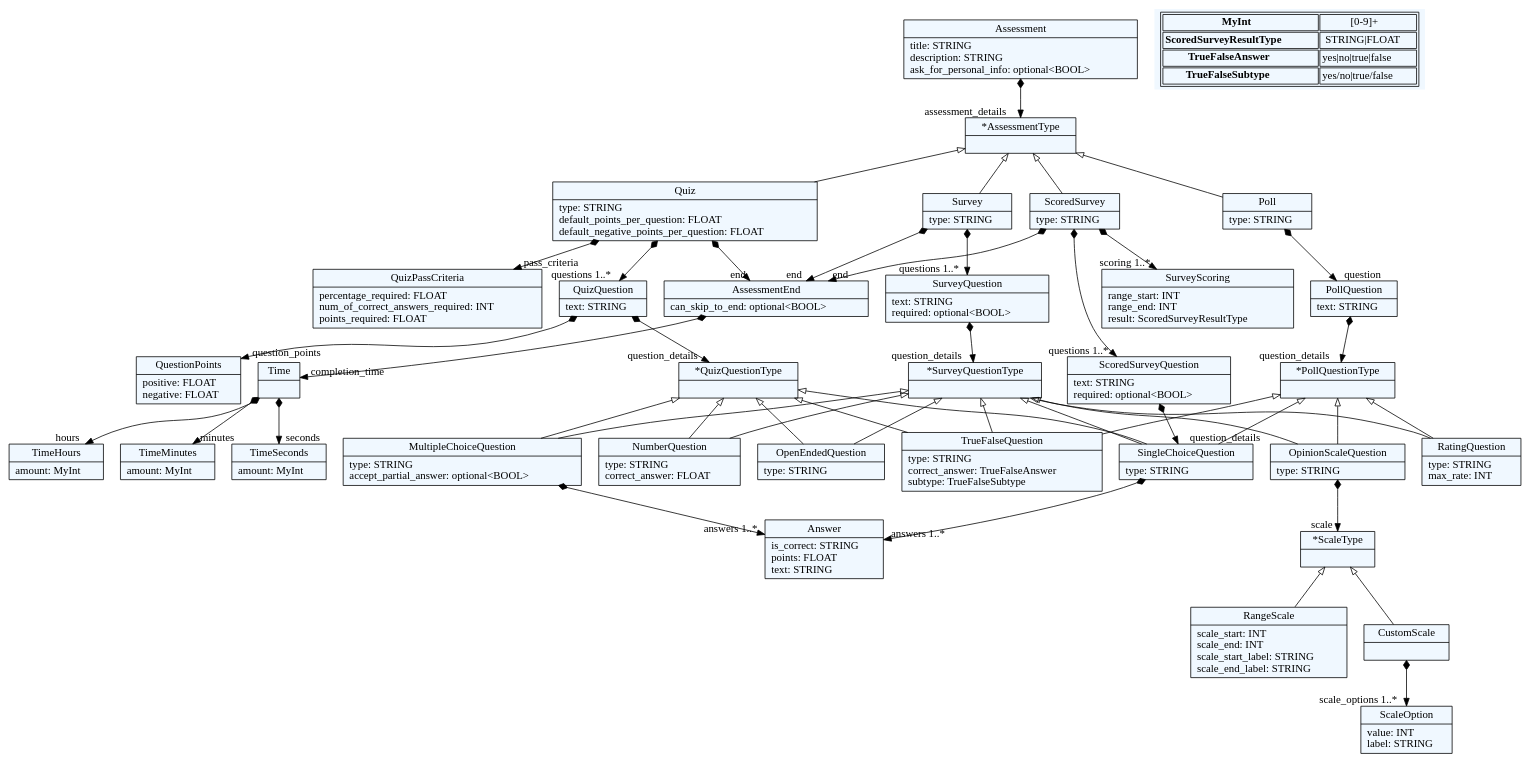
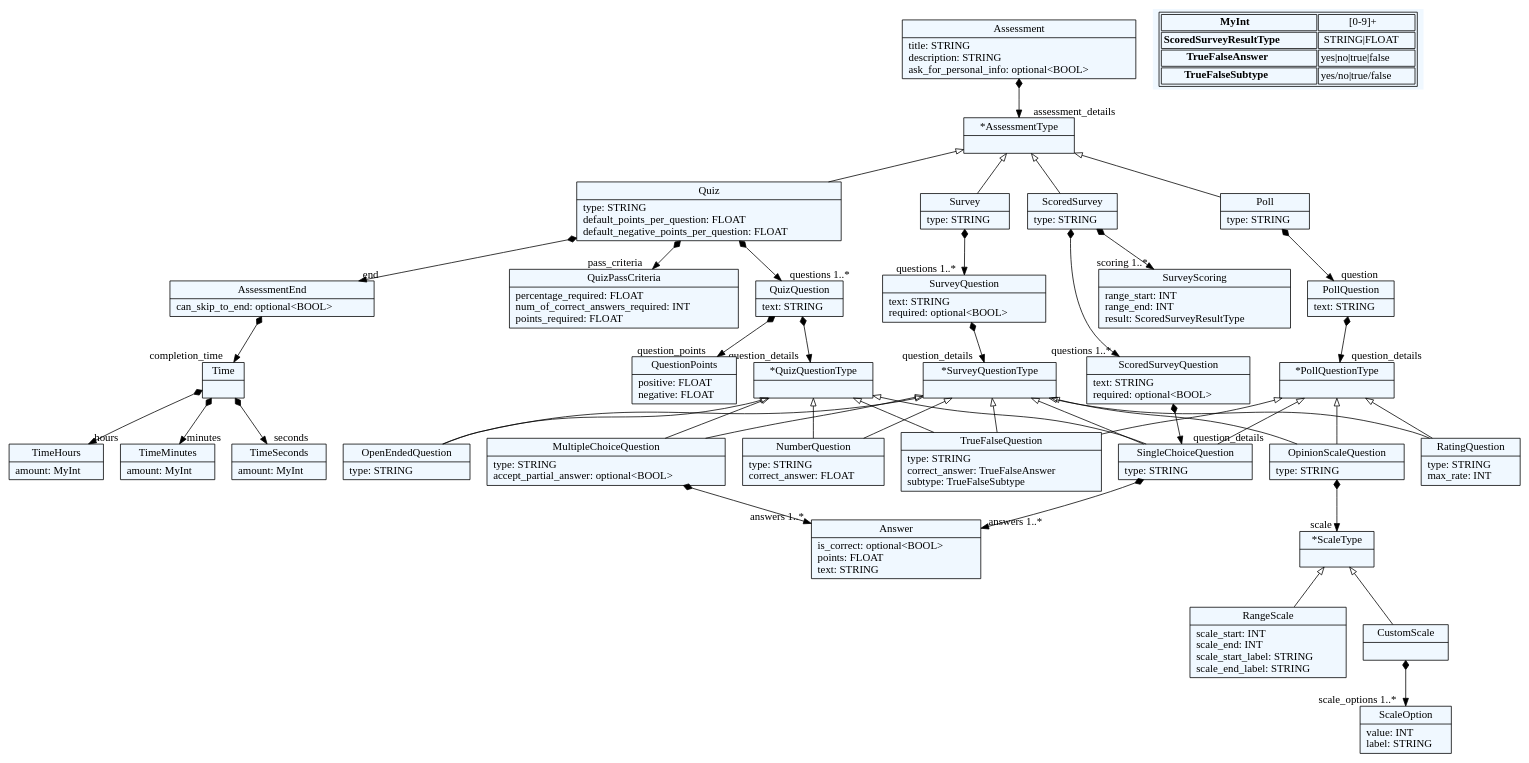
One commit to NevenaAl/QuesTech changed the diagram in dot_files/grammar.dot. Above: the diagram before and after it, drawn with Graphviz. The commit also changed 14 other files, not shown here.

Commit message:
Validation of questions on fe, handling correct answers and completion time

```diff
--- a/dot_files/grammar.dot
+++ b/dot_files/grammar.dot
@@ -1,143 +1,141 @@
 
     digraph textX {
     fontname = "Bitstream Vera Sans"
     fontsize = 8
     node[
         shape=record,
         style=filled,
         fillcolor=aliceblue
     ]
     nodesep = 0.3
     edge[dir=black,arrowtail=empty]
 
 
-3002377828272[ label="{Assessment|title: STRING\ldescription: STRING\lask_for_personal_info: optional\<BOOL\>\l}"]
+2027539332784[ label="{Assessment|title: STRING\ldescription: STRING\lask_for_personal_info: optional\<BOOL\>\l}"]
 
-3002377821440[ label="{*AssessmentType|}"]
+2027539338640[ label="{*AssessmentType|}"]
 
-3002377806800[ label="{Quiz|type: STRING\ldefault_points_per_question: FLOAT\ldefault_negative_points_per_question: FLOAT\l}"]
+2027539317168[ label="{Quiz|type: STRING\ldefault_points_per_question: FLOAT\ldefault_negative_points_per_question: FLOAT\l}"]
 
-3002377832176[ label="{Survey|type: STRING\l}"]
+2027539345472[ label="{Survey|type: STRING\l}"]
 
-3002377815584[ label="{ScoredSurvey|type: STRING\l}"]
+2027539315216[ label="{ScoredSurvey|type: STRING\l}"]
 
-3002377835104[ label="{Poll|type: STRING\l}"]
+2027539328880[ label="{Poll|type: STRING\l}"]
 
-3002377831200[ label="{SurveyScoring|range_start: INT\lrange_end: INT\lresult: ScoredSurveyResultType\l}"]
+2027539327904[ label="{SurveyScoring|range_start: INT\lrange_end: INT\lresult: ScoredSurveyResultType\l}"]
 
-3002377805824[ label="{PollQuestion|text: STRING\l}"]
+2027539314240[ label="{PollQuestion|text: STRING\l}"]
 
-3002377817536[ label="{SurveyQuestion|text: STRING\lrequired: optional\<BOOL\>\l}"]
+2027539336688[ label="{SurveyQuestion|text: STRING\lrequired: optional\<BOOL\>\l}"]
 
-3002377826320[ label="{QuizQuestion|text: STRING\l}"]
+2027539344496[ label="{QuizQuestion|text: STRING\l}"]
 
-3002377809728[ label="{ScoredSurveyQuestion|text: STRING\lrequired: optional\<BOOL\>\l}"]
+2027539323024[ label="{ScoredSurveyQuestion|text: STRING\lrequired: optional\<BOOL\>\l}"]
 
-3002377822416[ label="{*SurveyQuestionType|}"]
+2027539313264[ label="{*SurveyQuestionType|}"]
 
-3002377838032[ label="{*QuizQuestionType|}"]
+2027539320096[ label="{*QuizQuestionType|}"]
 
-3002377839008[ label="{*PollQuestionType|}"]
+2027539341568[ label="{*PollQuestionType|}"]
 
-3002377840960[ label="{QuizPassCriteria|percentage_required: FLOAT\lnum_of_correct_answers_required: INT\lpoints_required: FLOAT\l}"]
+2027539325952[ label="{QuizPassCriteria|percentage_required: FLOAT\lnum_of_correct_answers_required: INT\lpoints_required: FLOAT\l}"]
 
-3002377842912[ label="{QuestionPoints|positive: FLOAT\lnegative: FLOAT\l}"]
+2027539342544[ label="{QuestionPoints|positive: FLOAT\lnegative: FLOAT\l}"]
 
-3002377820464[ label="{OpenEndedQuestion|type: STRING\l}"]
+2027539346448[ label="{OpenEndedQuestion|type: STRING\l}"]
 
-3002377811680[ label="{TrueFalseQuestion|type: STRING\lcorrect_answer: TrueFalseAnswer\lsubtype: TrueFalseSubtype\l}"]
+2027539316192[ label="{TrueFalseQuestion|type: STRING\lcorrect_answer: TrueFalseAnswer\lsubtype: TrueFalseSubtype\l}"]
 
-3002377847792[ label="{SingleChoiceQuestion|type: STRING\l}"]
+2027539373776[ label="{SingleChoiceQuestion|type: STRING\l}"]
 
-3002377849744[ label="{MultipleChoiceQuestion|type: STRING\laccept_partial_answer: optional\<BOOL\>\l}"]
+2027539362064[ label="{MultipleChoiceQuestion|type: STRING\laccept_partial_answer: optional\<BOOL\>\l}"]
 
-3002377818512[ label="{NumberQuestion|type: STRING\lcorrect_answer: FLOAT\l}"]
+2027539351328[ label="{NumberQuestion|type: STRING\lcorrect_answer: FLOAT\l}"]
 
-3002377852672[ label="{OpinionScaleQuestion|type: STRING\l}"]
+2027539369872[ label="{OpinionScaleQuestion|type: STRING\l}"]
 
-3002377854624[ label="{*ScaleType|}"]
+2027539352304[ label="{*ScaleType|}"]
 
-3002377856576[ label="{RangeScale|scale_start: INT\lscale_end: INT\lscale_start_label: STRING\lscale_end_label: STRING\l}"]
+2027539359136[ label="{RangeScale|scale_start: INT\lscale_end: INT\lscale_start_label: STRING\lscale_end_label: STRING\l}"]
 
-3002377858528[ label="{CustomScale|}"]
+2027539363040[ label="{CustomScale|}"]
 
-3002377860480[ label="{ScaleOption|value: INT\llabel: STRING\l}"]
+2027539364992[ label="{ScaleOption|value: INT\llabel: STRING\l}"]
 
-3002377862432[ label="{RatingQuestion|type: STRING\lmax_rate: INT\l}"]
+2027539355232[ label="{RatingQuestion|type: STRING\lmax_rate: INT\l}"]
 
-3002377864384[ label="{Answer|is_correct: STRING\lpoints: FLOAT\ltext: STRING\l}"]
+2027539365968[ label="{Answer|is_correct: optional\<BOOL\>\lpoints: FLOAT\ltext: STRING\l}"]
 
-3002377872192[ label="{AssessmentEnd|can_skip_to_end: optional\<BOOL\>\l}"]
+2027539367920[ label="{AssessmentEnd|can_skip_to_end: optional\<BOOL\>\l}"]
 
-3002377880976[ label="{TimeHours|amount: MyInt\l}"]
+2027539389392[ label="{TimeHours|amount: MyInt\l}"]
 
-3002377873168[ label="{TimeMinutes|amount: MyInt\l}"]
+2027539376704[ label="{TimeMinutes|amount: MyInt\l}"]
 
-3002377876096[ label="{TimeSeconds|amount: MyInt\l}"]
+2027539387440[ label="{TimeSeconds|amount: MyInt\l}"]
 
-3002377877072[ label="{Time|}"]
+2027539385488[ label="{Time|}"]
 
 
 
-3002377828272 -> 3002377821440[arrowtail=diamond, dir=both, headlabel="assessment_details "]
-3002377821440 -> 3002377806800 [dir=back]
-3002377821440 -> 3002377832176 [dir=back]
-3002377821440 -> 3002377815584 [dir=back]
-3002377821440 -> 3002377835104 [dir=back]
-3002377806800 -> 3002377826320[arrowtail=diamond, dir=both, headlabel="questions 1..*"]
-3002377806800 -> 3002377872192[arrowtail=diamond, dir=both, headlabel="end "]
-3002377806800 -> 3002377840960[arrowtail=diamond, dir=both, headlabel="pass_criteria "]
-3002377832176 -> 3002377817536[arrowtail=diamond, dir=both, headlabel="questions 1..*"]
-3002377832176 -> 3002377872192[arrowtail=diamond, dir=both, headlabel="end "]
-3002377815584 -> 3002377809728[arrowtail=diamond, dir=both, headlabel="questions 1..*"]
-3002377815584 -> 3002377872192[arrowtail=diamond, dir=both, headlabel="end "]
-3002377815584 -> 3002377831200[arrowtail=diamond, dir=both, headlabel="scoring 1..*"]
-3002377835104 -> 3002377805824[arrowtail=diamond, dir=both, headlabel="question "]
-3002377805824 -> 3002377839008[arrowtail=diamond, dir=both, headlabel="question_details "]
-3002377817536 -> 3002377822416[arrowtail=diamond, dir=both, headlabel="question_details "]
-3002377826320 -> 3002377838032[arrowtail=diamond, dir=both, headlabel="question_details "]
-3002377826320 -> 3002377842912[arrowtail=diamond, dir=both, headlabel="question_points "]
-3002377809728 -> 3002377847792[arrowtail=diamond, dir=both, headlabel="question_details "]
-3002377822416 -> 3002377820464 [dir=back]
-3002377822416 -> 3002377847792 [dir=back]
-3002377822416 -> 3002377849744 [dir=back]
-3002377822416 -> 3002377811680 [dir=back]
-3002377822416 -> 3002377818512 [dir=back]
-3002377822416 -> 3002377852672 [dir=back]
-3002377822416 -> 3002377862432 [dir=back]
-3002377838032 -> 3002377820464 [dir=back]
-3002377838032 -> 3002377847792 [dir=back]
-3002377838032 -> 3002377849744 [dir=back]
-3002377838032 -> 3002377811680 [dir=back]
-3002377838032 -> 3002377818512 [dir=back]
-3002377839008 -> 3002377847792 [dir=back]
-3002377839008 -> 3002377811680 [dir=back]
-3002377839008 -> 3002377862432 [dir=back]
-3002377839008 -> 3002377852672 [dir=back]
-3002377847792 -> 3002377864384[arrowtail=diamond, dir=both, headlabel="answers 1..*"]
-3002377849744 -> 3002377864384[arrowtail=diamond, dir=both, headlabel="answers 1..*"]
-3002377852672 -> 3002377854624[arrowtail=diamond, dir=both, headlabel="scale "]
-3002377854624 -> 3002377856576 [dir=back]
-3002377854624 -> 3002377858528 [dir=back]
-3002377858528 -> 3002377860480[arrowtail=diamond, dir=both, headlabel="scale_options 1..*"]
-3002377872192 -> 3002377877072[arrowtail=diamond, dir=both, headlabel="completion_time "]
-3002377877072 -> 3002377880976[arrowtail=diamond, dir=both, headlabel="hours "]
-3002377877072 -> 3002377873168[arrowtail=diamond, dir=both, headlabel="minutes "]
-3002377877072 -> 3002377876096[arrowtail=diamond, dir=both, headlabel="seconds "]
+2027539332784 -> 2027539338640[arrowtail=diamond, dir=both, headlabel="assessment_details "]
+2027539338640 -> 2027539317168 [dir=back]
+2027539338640 -> 2027539345472 [dir=back]
+2027539338640 -> 2027539315216 [dir=back]
+2027539338640 -> 2027539328880 [dir=back]
+2027539317168 -> 2027539344496[arrowtail=diamond, dir=both, headlabel="questions 1..*"]
+2027539317168 -> 2027539367920[arrowtail=diamond, dir=both, headlabel="end "]
+2027539317168 -> 2027539325952[arrowtail=diamond, dir=both, headlabel="pass_criteria "]
+2027539345472 -> 2027539336688[arrowtail=diamond, dir=both, headlabel="questions 1..*"]
+2027539315216 -> 2027539323024[arrowtail=diamond, dir=both, headlabel="questions 1..*"]
+2027539315216 -> 2027539327904[arrowtail=diamond, dir=both, headlabel="scoring 1..*"]
+2027539328880 -> 2027539314240[arrowtail=diamond, dir=both, headlabel="question "]
+2027539314240 -> 2027539341568[arrowtail=diamond, dir=both, headlabel="question_details "]
+2027539336688 -> 2027539313264[arrowtail=diamond, dir=both, headlabel="question_details "]
+2027539344496 -> 2027539320096[arrowtail=diamond, dir=both, headlabel="question_details "]
+2027539344496 -> 2027539342544[arrowtail=diamond, dir=both, headlabel="question_points "]
+2027539323024 -> 2027539373776[arrowtail=diamond, dir=both, headlabel="question_details "]
+2027539313264 -> 2027539346448 [dir=back]
+2027539313264 -> 2027539373776 [dir=back]
+2027539313264 -> 2027539362064 [dir=back]
+2027539313264 -> 2027539316192 [dir=back]
+2027539313264 -> 2027539351328 [dir=back]
+2027539313264 -> 2027539369872 [dir=back]
+2027539313264 -> 2027539355232 [dir=back]
+2027539320096 -> 2027539346448 [dir=back]
+2027539320096 -> 2027539373776 [dir=back]
+2027539320096 -> 2027539362064 [dir=back]
+2027539320096 -> 2027539316192 [dir=back]
+2027539320096 -> 2027539351328 [dir=back]
+2027539341568 -> 2027539373776 [dir=back]
+2027539341568 -> 2027539316192 [dir=back]
+2027539341568 -> 2027539355232 [dir=back]
+2027539341568 -> 2027539369872 [dir=back]
+2027539373776 -> 2027539365968[arrowtail=diamond, dir=both, headlabel="answers 1..*"]
+2027539362064 -> 2027539365968[arrowtail=diamond, dir=both, headlabel="answers 1..*"]
+2027539369872 -> 2027539352304[arrowtail=diamond, dir=both, headlabel="scale "]
+2027539352304 -> 2027539359136 [dir=back]
+2027539352304 -> 2027539363040 [dir=back]
+2027539363040 -> 2027539364992[arrowtail=diamond, dir=both, headlabel="scale_options 1..*"]
+2027539367920 -> 2027539385488[arrowtail=diamond, dir=both, headlabel="completion_time "]
+2027539385488 -> 2027539389392[arrowtail=diamond, dir=both, headlabel="hours "]
+2027539385488 -> 2027539376704[arrowtail=diamond, dir=both, headlabel="minutes "]
+2027539385488 -> 2027539387440[arrowtail=diamond, dir=both, headlabel="seconds "]
 match_rules [ shape=plaintext, label=< <table>
 	<tr>
 		<td><b>MyInt</b></td><td>[0-9]+</td>
 	</tr>
 	<tr>
 		<td><b>ScoredSurveyResultType</b></td><td>STRING|FLOAT</td>
 	</tr>
 	<tr>
 		<td><b>TrueFalseAnswer</b></td><td>yes|no|true|false</td>
 	</tr>
 	<tr>
 		<td><b>TrueFalseSubtype</b></td><td>yes/no|true/false</td>
 	</tr>
 </table> >]
 
 
 }
```
